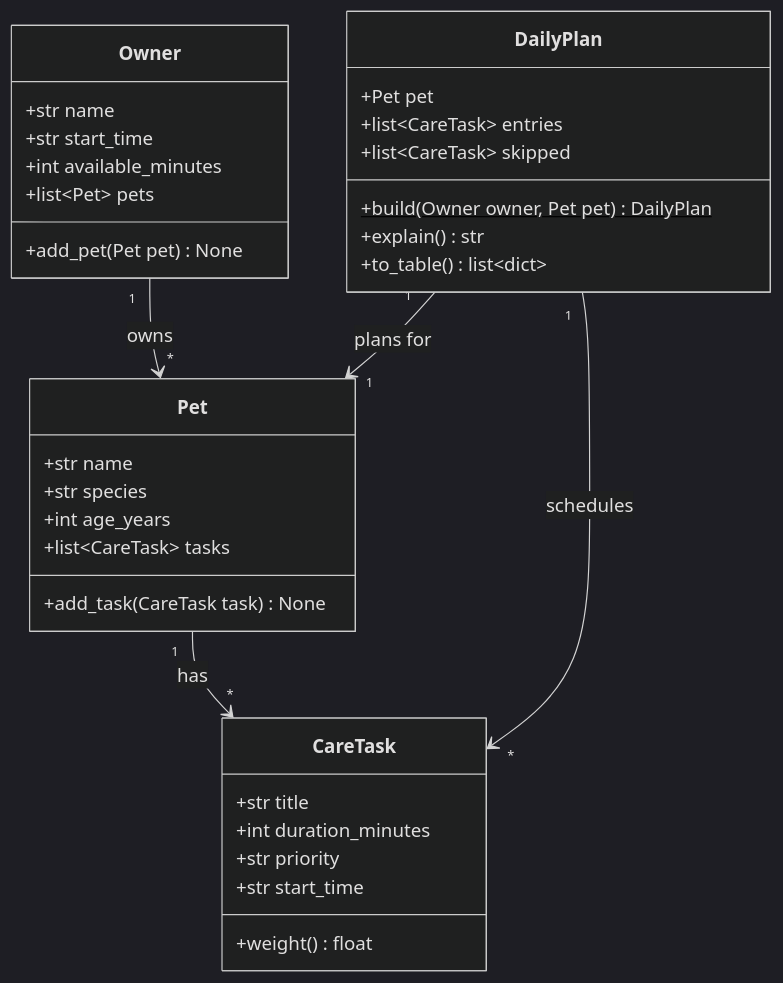
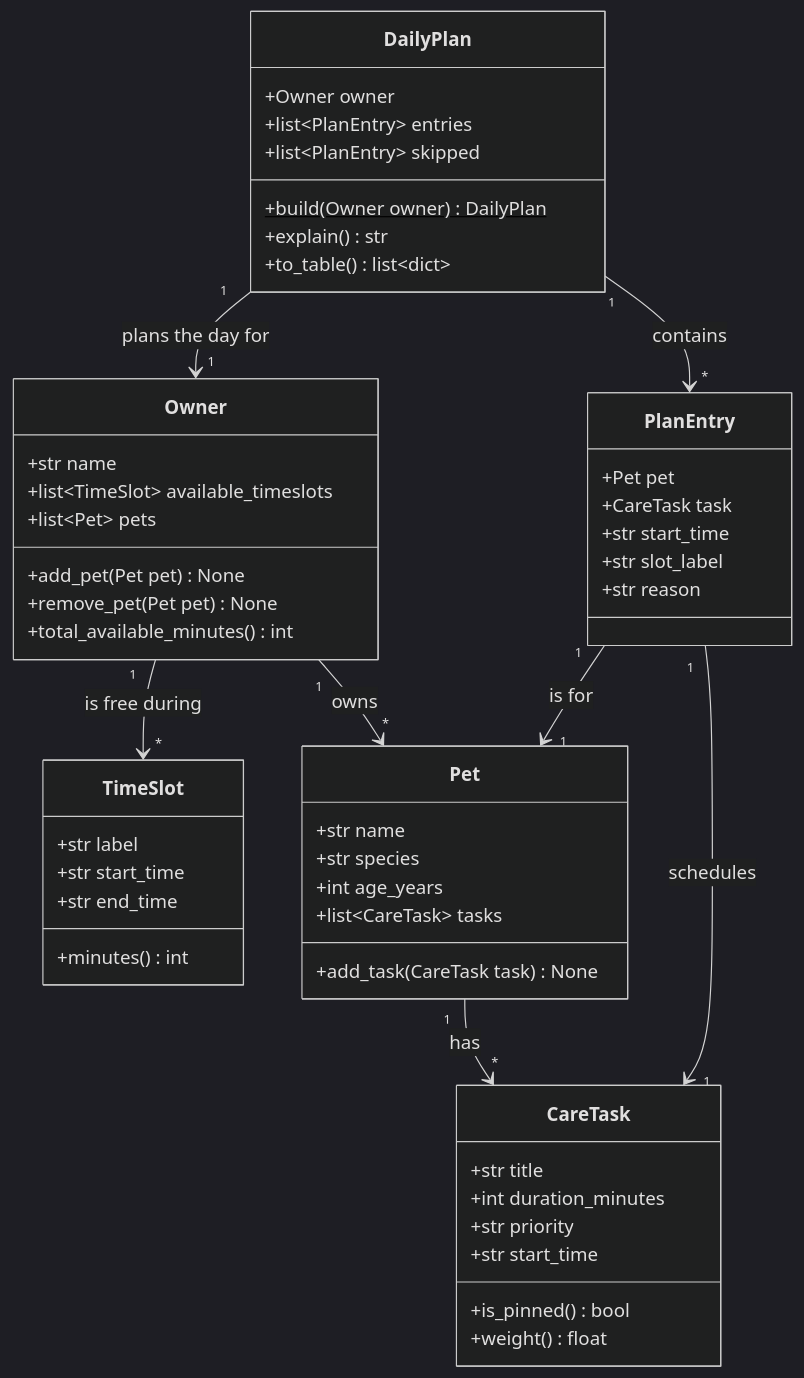
The diagram in diagrams/uml_draft.mmd (aishrad2/ai110-module2show-pawpal-starter), drawn with Mermaid (dark theme) before and after one commit. The commit also changed 4 other files, not shown here.

Commit message:
chore: add class skeletons from UML

```diff
--- a/diagrams/uml_draft.mmd
+++ b/diagrams/uml_draft.mmd
@@ -1,38 +1,58 @@
 classDiagram
+    class TimeSlot {
+        +str label
+        +str start_time
+        +str end_time
+        +minutes() int
+    }
+
     class Owner {
         +str name
-        +str start_time
-        +int available_minutes
+        +list~TimeSlot~ available_timeslots
         +list~Pet~ pets
         +add_pet(Pet pet) None
+        +remove_pet(Pet pet) None
+        +total_available_minutes() int
     }
 
     class Pet {
         +str name
         +str species
         +int age_years
         +list~CareTask~ tasks
         +add_task(CareTask task) None
     }
 
     class CareTask {
         +str title
         +int duration_minutes
         +str priority
         +str start_time
+        +is_pinned() bool
         +weight() float
     }
 
+    class PlanEntry {
+        +Pet pet
+        +CareTask task
+        +str start_time
+        +str slot_label
+        +str reason
+    }
+
     class DailyPlan {
-        +Pet pet
-        +list~CareTask~ entries
-        +list~CareTask~ skipped
-        +build(Owner owner, Pet pet)$ DailyPlan
+        +Owner owner
+        +list~PlanEntry~ entries
+        +list~PlanEntry~ skipped
+        +build(Owner owner)$ DailyPlan
         +explain() str
         +to_table() list~dict~
     }
 
     Owner "1" --> "*" Pet : owns
+    Owner "1" --> "*" TimeSlot : is free during
     Pet "1" --> "*" CareTask : has
-    DailyPlan "1" --> "1" Pet : plans for
-    DailyPlan "1" --> "*" CareTask : schedules
+    DailyPlan "1" --> "1" Owner : plans the day for
+    DailyPlan "1" --> "*" PlanEntry : contains
+    PlanEntry "1" --> "1" CareTask : schedules
+    PlanEntry "1" --> "1" Pet : is for
```
